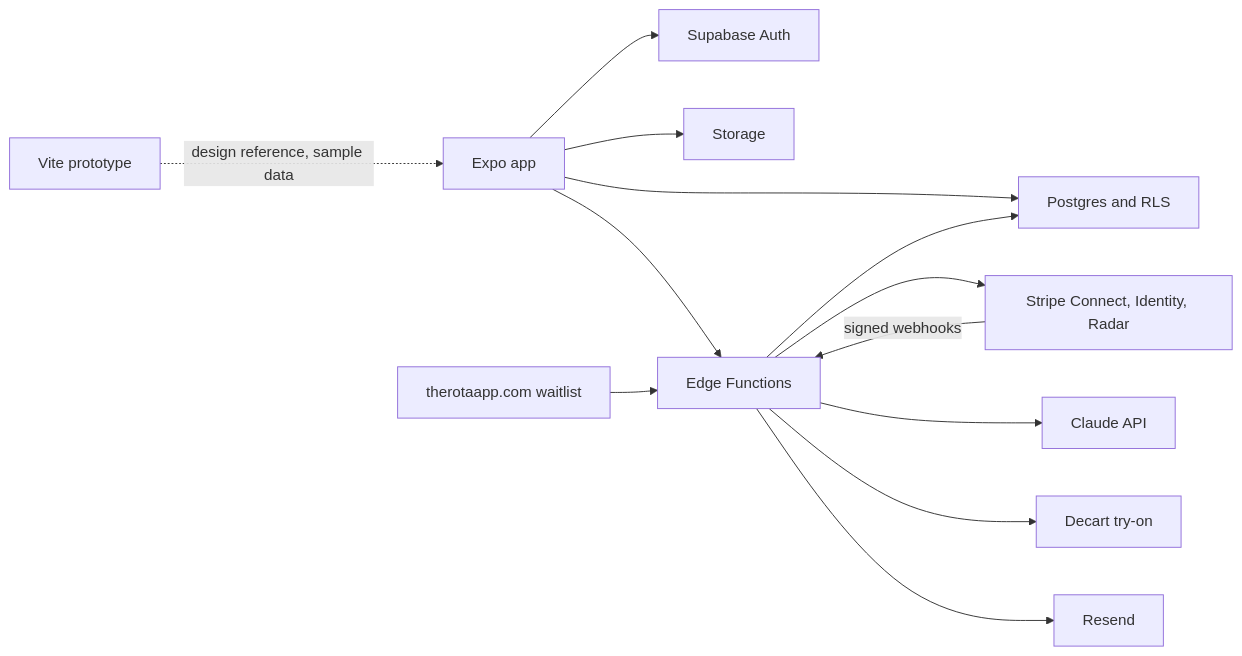
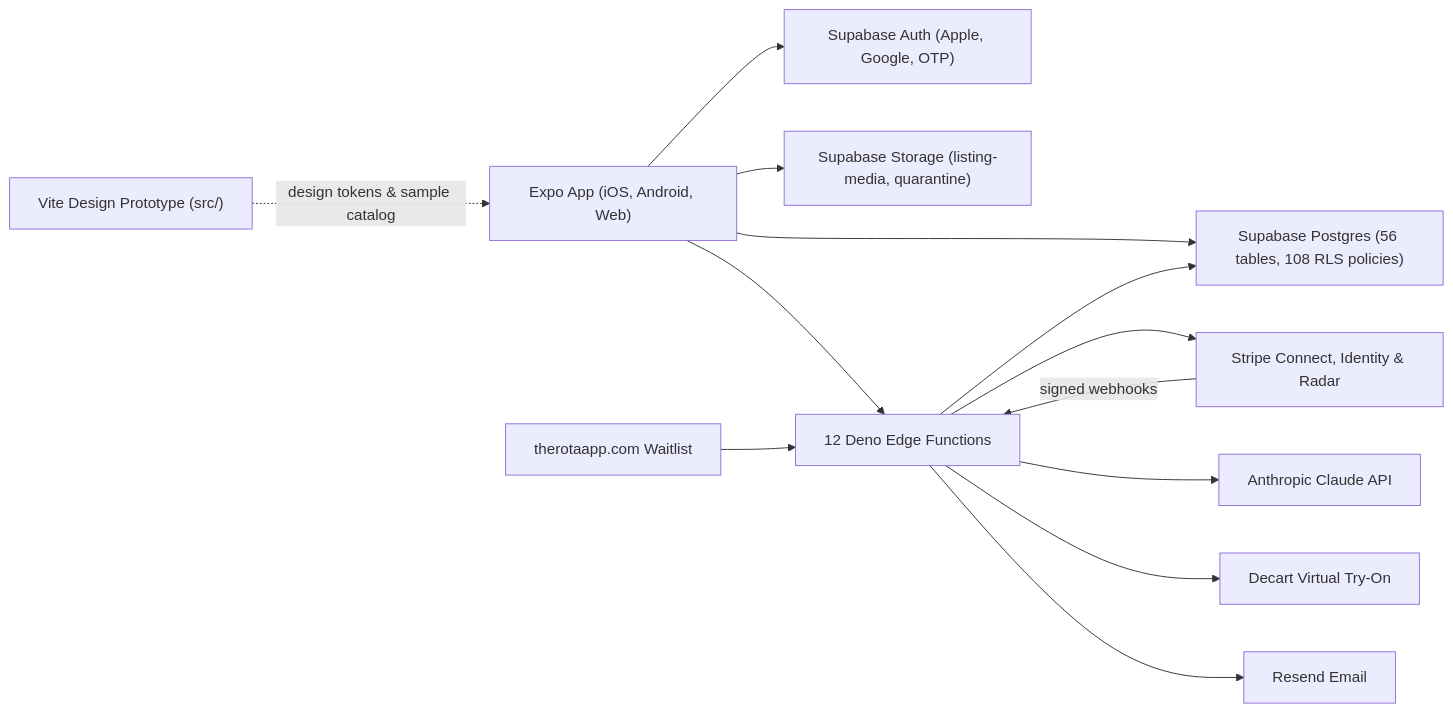
The first of 2 diagrams in README.md (Anwarito-lbd/rota), drawn with Mermaid before and after one commit. The commit also changed other lines of this file and 17 other files, not shown here.

Commit message:
docs: add 390x844 Expo web captures, walkthrough media, hero phone, metrics graph, and expanded case study

````diff
--- a/README.md
+++ b/README.md
@@ -13,27 +49,27 @@
 ```mermaid
 flowchart LR
-  phone["Expo app"]
-  proto["Vite prototype"]
-  site["therotaapp.com waitlist"]
-  auth["Supabase Auth"]
-  db["Postgres and RLS"]
-  storage["Storage"]
-  fn["Edge Functions"]
-  stripe["Stripe Connect, Identity, Radar"]
-  claude["Claude API"]
-  decart["Decart try-on"]
-  resend["Resend"]
+  phone["Expo App (iOS, Android, Web)"]
+  proto["Vite Design Prototype (src/)"]
+  site["therotaapp.com Waitlist"]
+  auth["Supabase Auth (Apple, Google, OTP)"]
+  db["Supabase Postgres (56 tables, 108 RLS policies)"]
+  storage["Supabase Storage (listing-media, quarantine)"]
+  fn["12 Deno Edge Functions"]
+  stripe["Stripe Connect, Identity & Radar"]
+  claude["Anthropic Claude API"]
+  decart["Decart Virtual Try-On"]
+  resend["Resend Email"]
 
   phone --> auth
   phone --> db
   phone --> storage
   phone --> fn
-  proto -. "design reference, sample data" .-> phone
+  proto -. "design tokens & sample catalog" .-> phone
   site --> fn
   fn --> db
   fn --> stripe
   fn --> claude
   fn --> decart
   fn --> resend
   stripe -->|signed webhooks| fn
 ```
````
